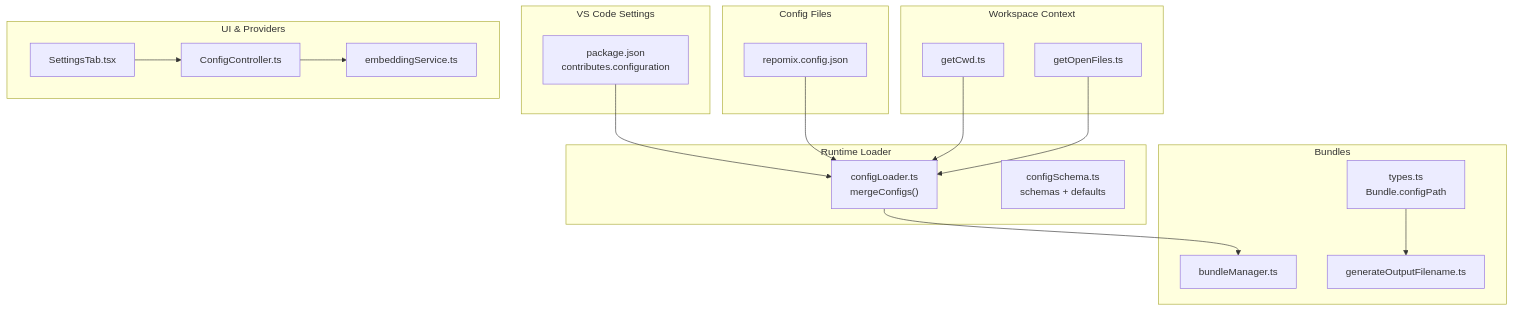
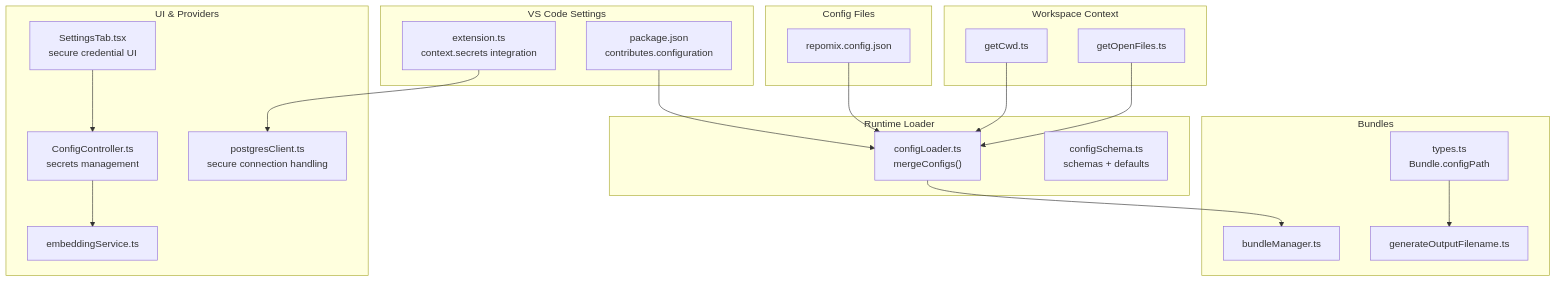
Before and after one commit to bramburn/repomix-runner: the first of 7 diagrams in .qoder/repowiki/en/content/Configuration Management/Configuration Management.md, drawn with Mermaid. The commit also changed other lines of this file and 40 other files, not shown here.

````diff
--- a/.qoder/repowiki/en/content/Configuration Management/Configuration Management.md
+++ b/.qoder/repowiki/en/content/Configuration Management/Configuration Management.md
@@ -46,35 +58,38 @@
 ```mermaid
 graph TB
 subgraph "VS Code Settings"
 PJSON["package.json<br/>contributes.configuration"]
+ENDSEC["extension.ts<br/>context.secrets integration"]
 end
 subgraph "Config Files"
 RCFG["repomix.config.json"]
 end
 subgraph "Runtime Loader"
 CLDR["configLoader.ts<br/>mergeConfigs()"]
 CSCH["configSchema.ts<br/>schemas + defaults"]
 end
 subgraph "Workspace Context"
 GCWD["getCwd.ts"]
 GOFS["getOpenFiles.ts"]
 end
 subgraph "Bundles"
 BMGR["bundleManager.ts"]
 BTYP["types.ts<br/>Bundle.configPath"]
 GFNM["generateOutputFilename.ts"]
 end
 subgraph "UI & Providers"
-SETAB["SettingsTab.tsx"]
+SETAB["SettingsTab.tsx<br/>secure credential UI"]
 EMB["embeddingService.ts"]
-CCTL["ConfigController.ts"]
+CCTL["ConfigController.ts<br/>secrets management"]
+PGCLIENT["postgresClient.ts<br/>secure connection handling"]
 end
 PJSON --> CLDR
 RCFG --> CLDR
 GCWD --> CLDR
 GOFS --> CLDR
 CLDR --> BMGR
 BTYP --> GFNM
 SETAB --> CCTL
 CCTL --> EMB
+ENDSEC --> PGCLIENT
 ```
````
